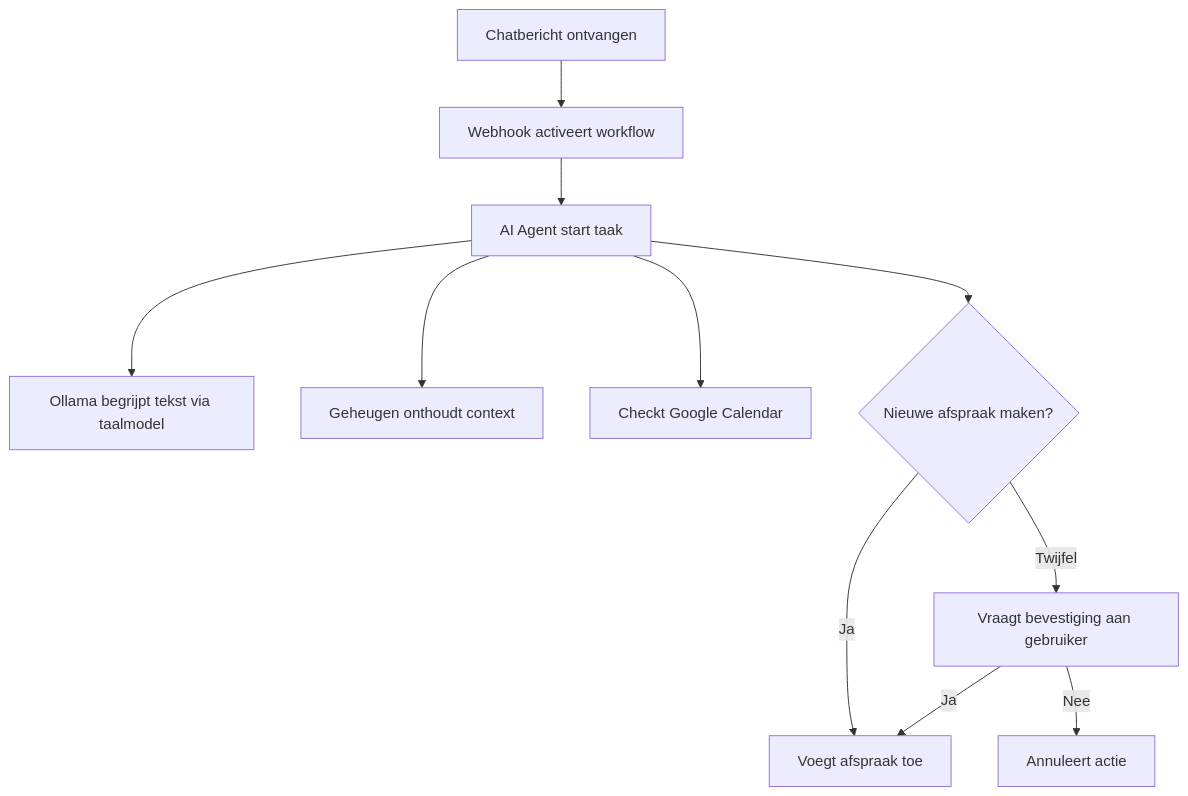
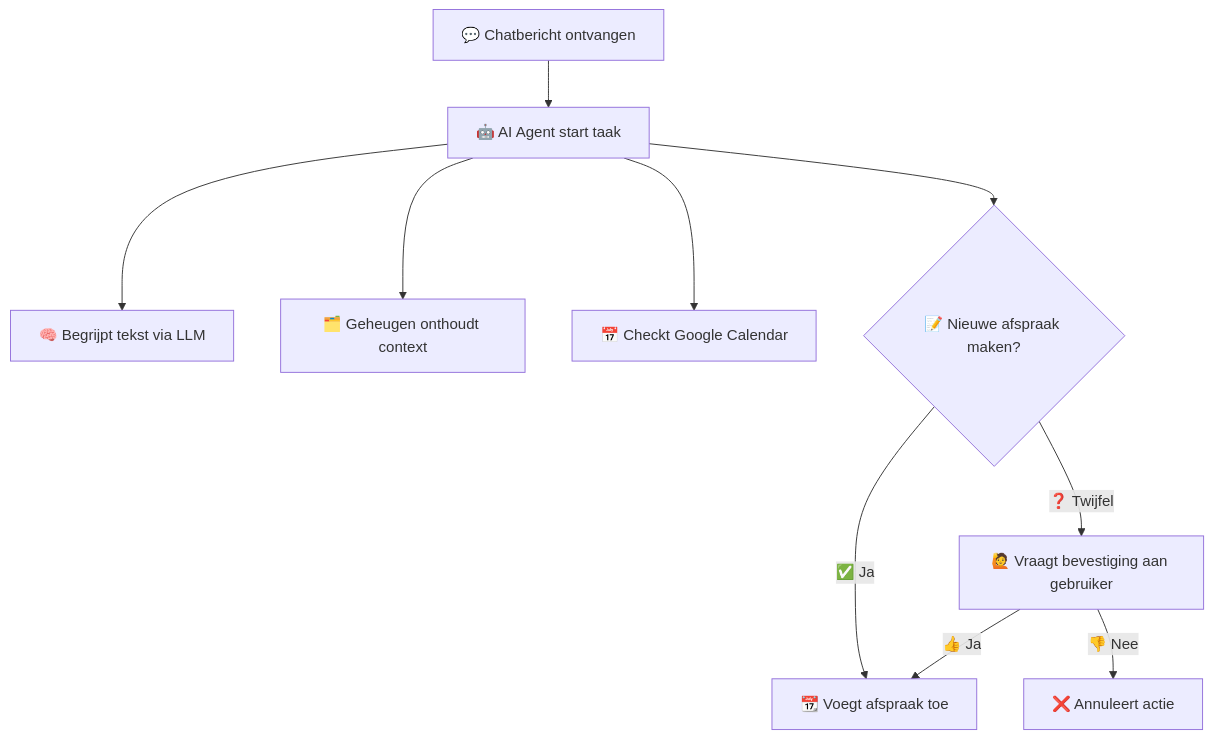
Before and after one commit to MathijsVanWilligen/ai-research: the diagram in tools/n8n/research-ai-agent-explained-part1.md, drawn with Mermaid. The commit also changed other lines of this file, not shown here.

````diff
--- a/tools/n8n/research-ai-agent-explained-part1.md
+++ b/tools/n8n/research-ai-agent-explained-part1.md
@@ -113,13 +112,12 @@
 ```mermaid
 graph TD
-    A[Chatbericht ontvangen] --> B[Webhook activeert workflow]
-    B --> C[AI Agent start taak]
-    C --> D[Ollama begrijpt tekst via taalmodel]
-    C --> E[Geheugen onthoudt context]
-    C --> F[Checkt Google Calendar]
-    C --> G{Nieuwe afspraak maken?}
-    G -->|Ja| H[Voegt afspraak toe]
-    G -->|Twijfel| I[Vraagt bevestiging aan gebruiker]
-    I -->|Ja| H
-    I -->|Nee| J[Annuleert actie]
+    A[💬 Chatbericht ontvangen] --> B[🤖 AI Agent start taak]
+    B --> C[🧠 Begrijpt tekst via LLM]
+    B --> D[🗂️ Geheugen onthoudt context]
+    B --> E[📅 Checkt Google Calendar]
+    B --> F{📝 Nieuwe afspraak maken?}
+    F -->|✅ Ja| G[📆 Voegt afspraak toe]
+    F -->|❓ Twijfel| H[🙋 Vraagt bevestiging aan gebruiker]
+    H -->|👍 Ja| G
+    H -->|👎 Nee| I[❌ Annuleert actie]
 ```
````
